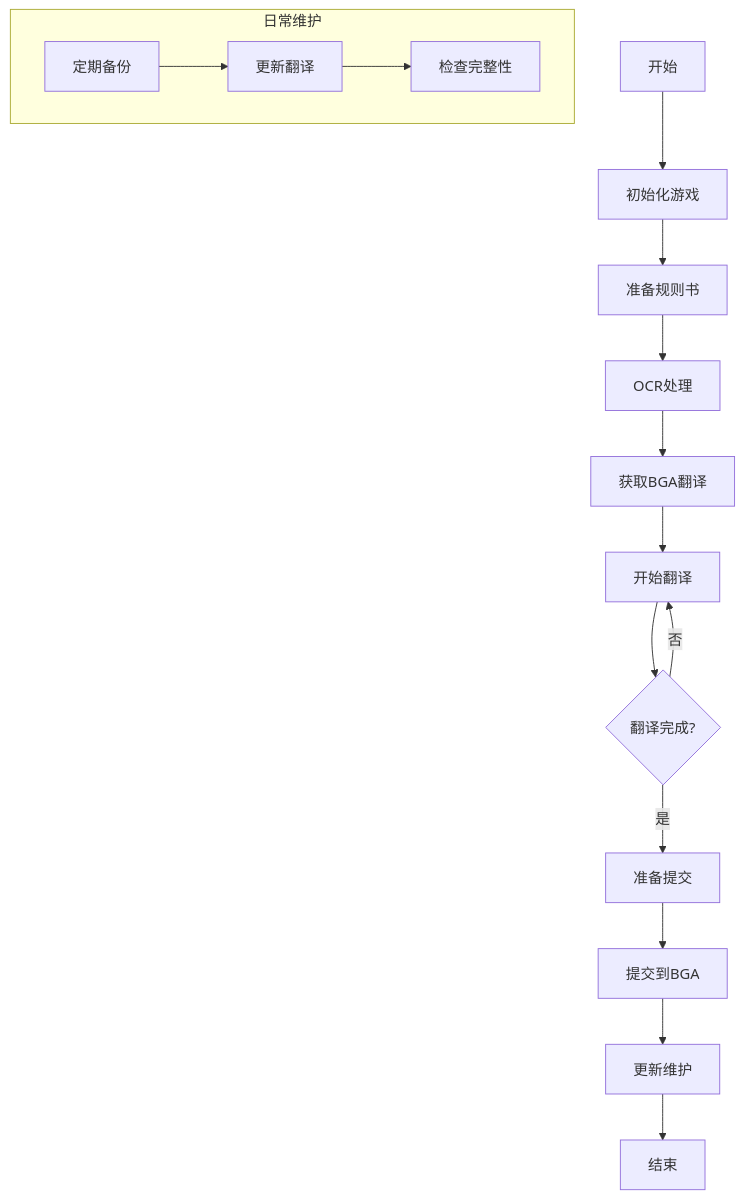
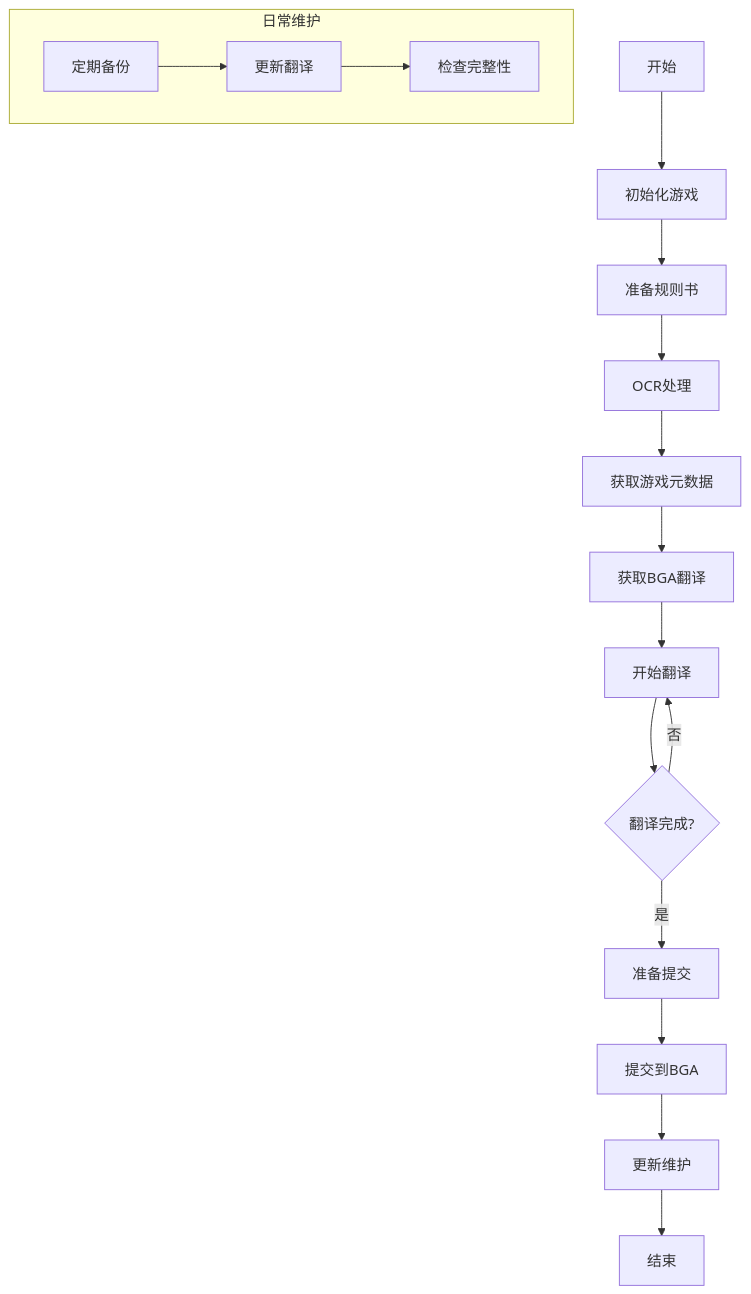
Before and after one commit to PascalDai/BGA-Translation-Helper: the fourth of 4 diagrams in Doc/workflow.md, drawn with Mermaid. The commit also changed other lines of this file and 9 other files, not shown here.

````diff
--- a/Doc/workflow.md
+++ b/Doc/workflow.md
@@ -127,19 +148,20 @@
 ```mermaid
 flowchart TD
     A[开始] --> B[初始化游戏]
     B --> C[准备规则书]
     C --> D[OCR处理]
-    D --> E[获取BGA翻译]
-    E --> F[开始翻译]
-    F --> G{翻译完成?}
-    G -->|否| F
-    G -->|是| H[准备提交]
-    H --> I[提交到BGA]
-    I --> J[更新维护]
-    J --> K[结束]
+    D --> E[获取游戏元数据]
+    E --> F[获取BGA翻译]
+    F --> G[开始翻译]
+    G --> H{翻译完成?}
+    H -->|否| G
+    H -->|是| I[准备提交]
+    I --> J[提交到BGA]
+    J --> K[更新维护]
+    K --> L[结束]
 
     subgraph 日常维护
-    L[定期备份] --> M[更新翻译]
-    M --> N[检查完整性]
+    M[定期备份] --> N[更新翻译]
+    N --> O[检查完整性]
     end
 ```
````
